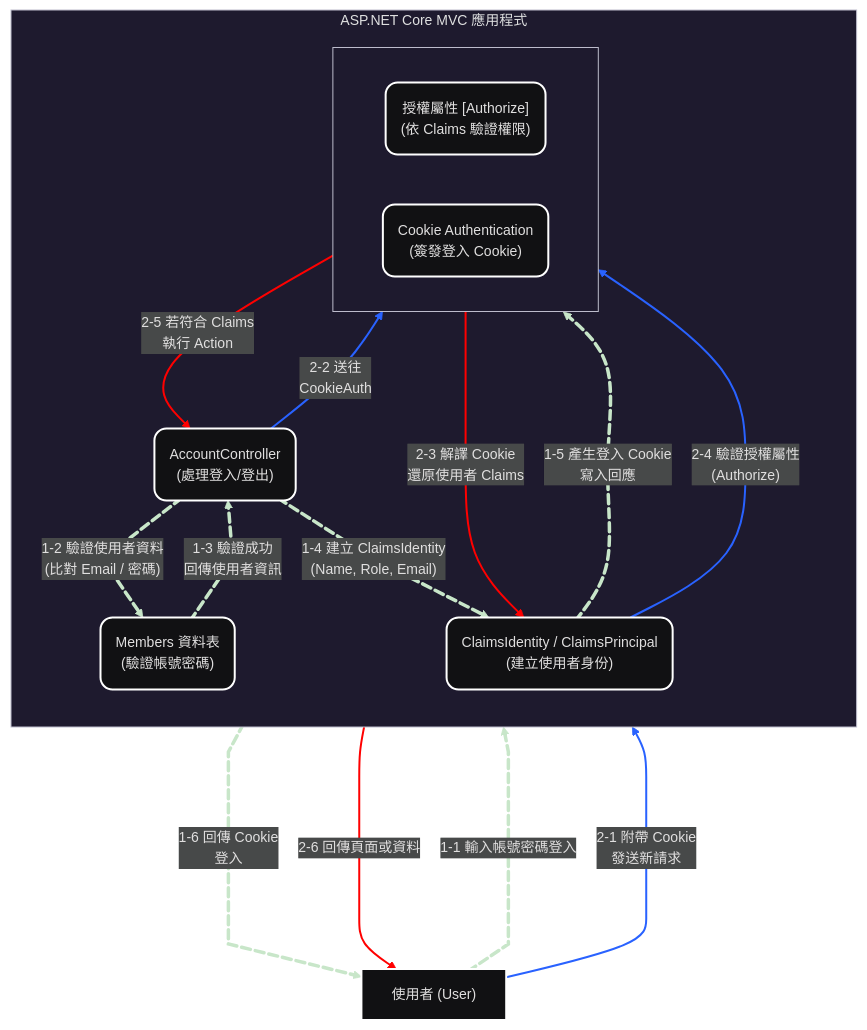
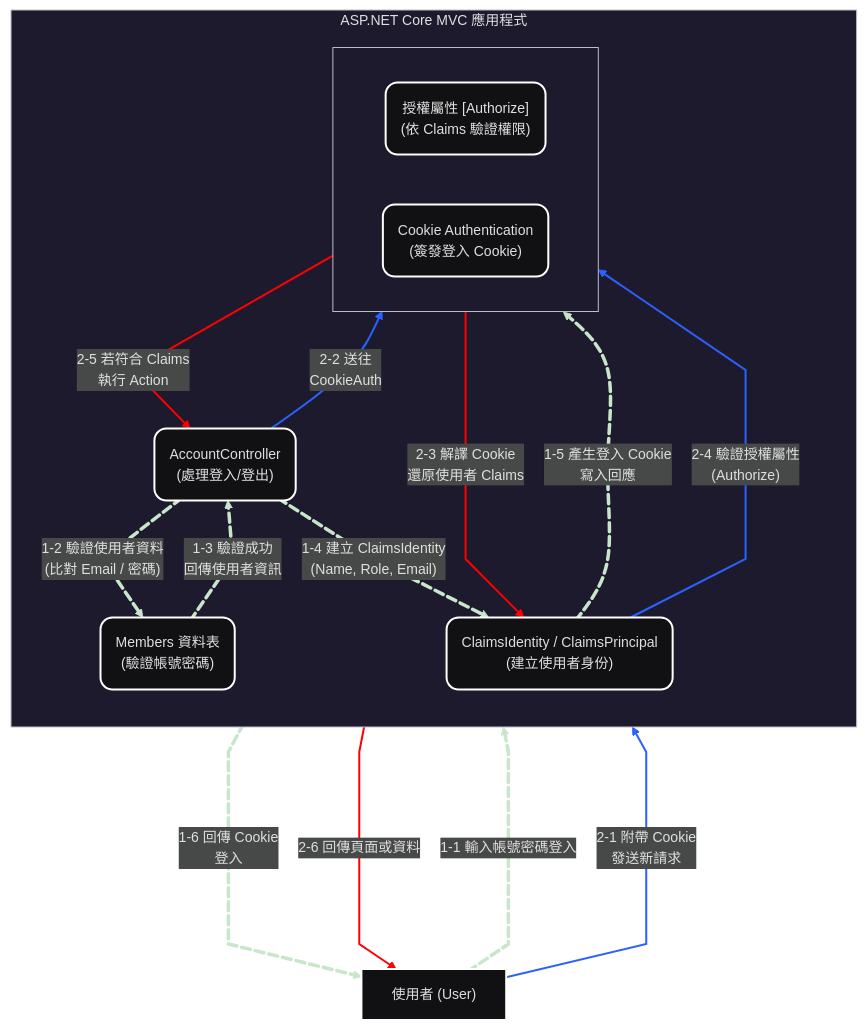
Before and after one commit to Mituteruhsu/CarbornProjectWEBPractice: the diagram in docs/04_ClaimsBasedAuthenticationFlow.md, drawn with Mermaid.

````diff
--- a/docs/04_ClaimsBasedAuthenticationFlow.md
+++ b/docs/04_ClaimsBasedAuthenticationFlow.md
@@ -66,22 +66,22 @@
 
 %% 第二階段：後續請求與授權驗證
 
-    U --"2-1 附帶 Cookie
+    U UC2@--"2-1 附帶 Cookie
     發送新請求"--> Controller
 
-    Controller -->|"2-2 送往
+    Controller CCO2@-->|"2-2 送往
     CookieAuth"| CookieAuth
     
-    CookieAuth -->|"2-3 解譯 Cookie
+    CookieAuth COC2@-->|"2-3 解譯 Cookie
     還原使用者 Claims"| Claims
 
-    Claims -->|"2-4 驗證授權屬性
+    Claims CA2@-->|"2-4 驗證授權屬性
     (Authorize)"| Authorize
 
-    Authorize -->|"2-5 若符合 Claims
+    Authorize AC2@-->|"2-5 若符合 Claims
     執行 Action"| Controller
 
-    Controller -->|"2-6 回傳頁面或資料"| U
+    Controller CU2@-->|"2-6 回傳頁面或資料"| U
 
 linkStyle 0,1,2,3,4,5 stroke:#C8E6C9
 linkStyle 6,7,8,9 stroke:#2962FF
@@ -92,4 +92,10 @@
 CC1@{ animate: true, curve: linear }
 CCO1@{ animate: true, curve: natural }
 COU1@{ animate: true, curve: linear }
+UC2@{ curve: linear }
+CCO2@{ curve: natural }
+COC2@{ curve: linear }
+CA2@{ curve: linear }
+AC2@{ curve: linear }
+CU2@{ curve: linear }
 ```
````
